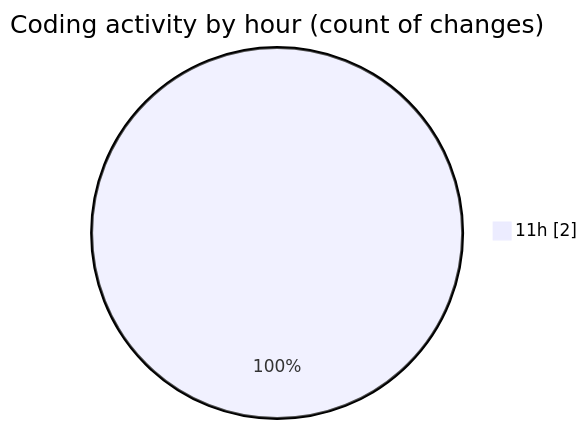
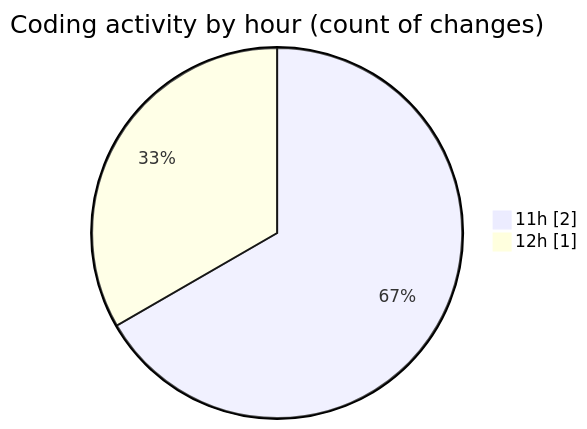
One commit to NitaiMahat/code-tracking changed the second of 2 diagrams in 2025-02-05/computer_202/README.md. Above: the diagram before and after it, drawn with Mermaid. The commit also changed other lines of this file and 1 other file, not shown here.

````diff
--- a/2025-02-05/computer_202/README.md
+++ b/2025-02-05/computer_202/README.md
@@ -29,5 +29,6 @@
 ```mermaid
 pie showData
 title Coding activity by hour (count of changes)
 "11h" : 2
+"12h" : 1
 ```
````
